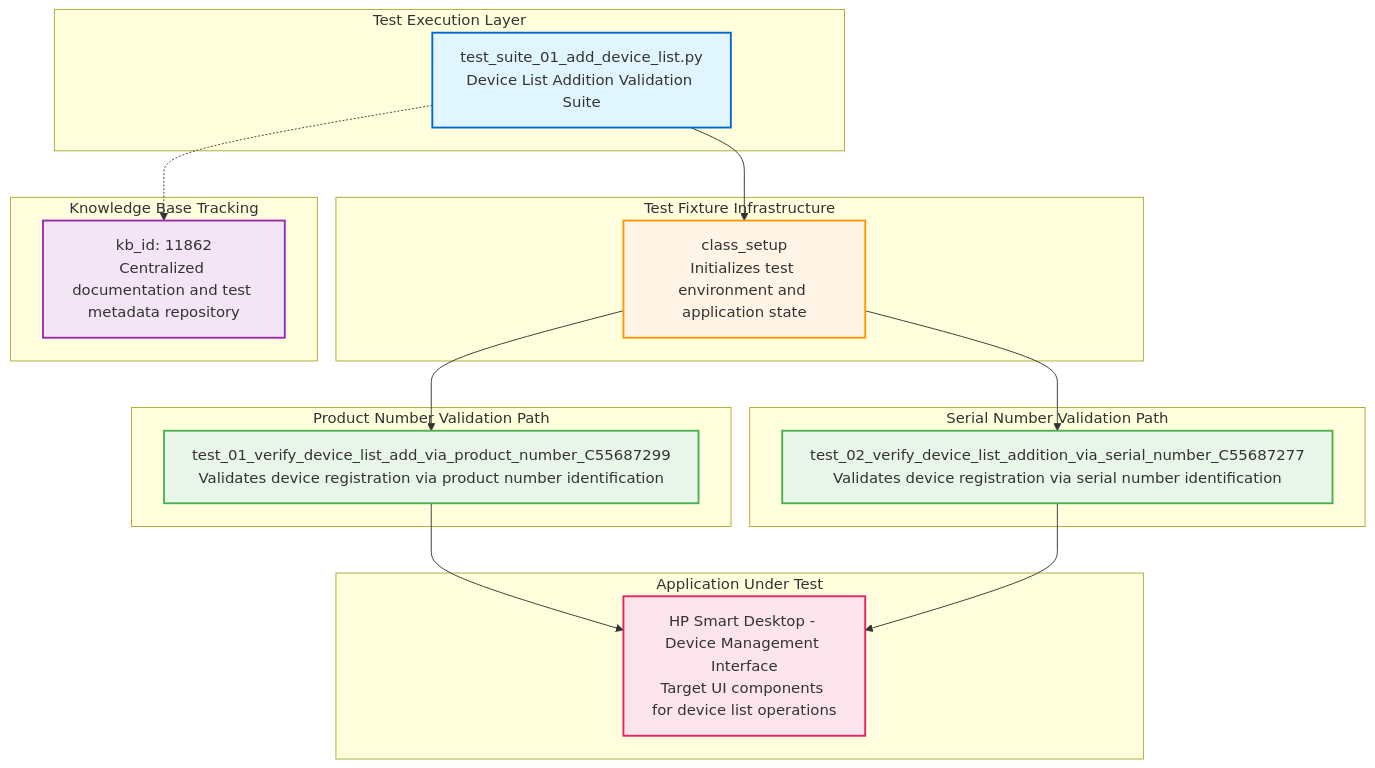
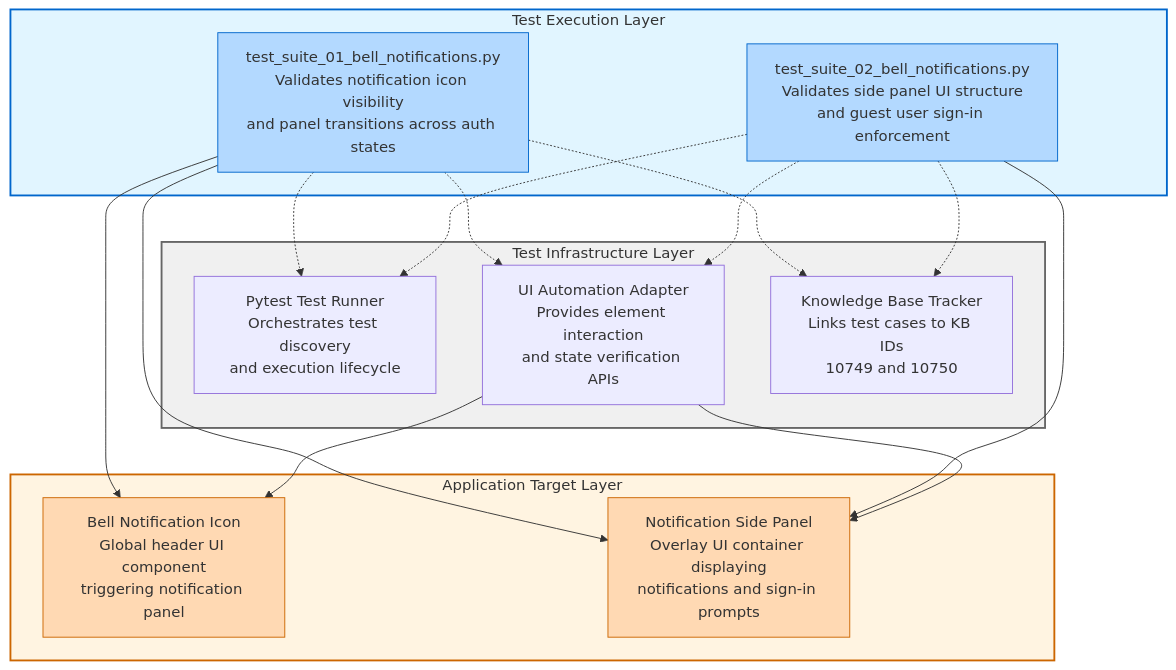
The diagram in Index_by_API/Docs/codebase_master_architecture_part_1.md (karthikeyansubhash/mobileappsrepo), drawn with Mermaid before and after one commit. The commit also changed other lines of this file, not shown here.

Commit message:
Master Codebase Architecture Report update pass

````diff
--- a/Index_by_API/Docs/codebase_master_architecture_part_1.md
+++ b/Index_by_API/Docs/codebase_master_architecture_part_1.md
@@ -35,45 +36,43 @@
 ```mermaid
-graph TB
-    subgraph "Test Execution Layer"
-        A[test_suite_01_add_device_list.py<br/>Device List Addition Validation Suite]
+flowchart TD
+    subgraph TestExecutionLayer["Test Execution Layer"]
+        TS01["test_suite_01_bell_notifications.py<br/>Validates notification icon visibility<br/>and panel transitions across auth states"]
+        TS02["test_suite_02_bell_notifications.py<br/>Validates side panel UI structure<br/>and guest user sign-in enforcement"]
     end
     
-    subgraph "Test Fixture Infrastructure"
-        B[class_setup<br/>Initializes test environment and application state]
+    subgraph ApplicationTargetLayer["Application Target Layer"]
+        BellIcon["Bell Notification Icon<br/>Global header UI component<br/>triggering notification panel"]
+        SidePanel["Notification Side Panel<br/>Overlay UI container displaying<br/>notifications and sign-in prompts"]
     end
     
-    subgraph "Product Number Validation Path"
-        C[test_01_verify_device_list_add_via_product_number_C55687299<br/>Validates device registration via product number identification]
+    subgraph TestInfrastructureLayer["Test Infrastructure Layer"]
+        PytestRunner["Pytest Test Runner<br/>Orchestrates test discovery<br/>and execution lifecycle"]
+        AutomationAdapter["UI Automation Adapter<br/>Provides element interaction<br/>and state verification APIs"]
+        KBTracker["Knowledge Base Tracker<br/>Links test cases to KB IDs<br/>10749 and 10750"]
     end
     
-    subgraph "Serial Number Validation Path"
-        D[test_02_verify_device_list_addition_via_serial_number_C55687277<br/>Validates device registration via serial number identification]
-    end
+    TS01 --> BellIcon
+    TS01 --> SidePanel
+    TS02 --> SidePanel
     
-    subgraph "Application Under Test"
-        E[HP Smart Desktop - Device Management Interface<br/>Target UI components for device list operations]
-    end
+    TS01 -.-> PytestRunner
+    TS02 -.-> PytestRunner
     
-    subgraph "Knowledge Base Tracking"
-        F[kb_id: 11862<br/>Centralized documentation and test metadata repository]
-    end
+    TS01 -.-> AutomationAdapter
+    TS02 -.-> AutomationAdapter
     
-    A --> B
-    B --> C
-    B --> D
-    C --> E
-    D --> E
-    A -.-> F
+    TS01 -.-> KBTracker
+    TS02 -.-> KBTracker
     
-    classDef testLayer fill:#e1f5ff,stroke:#0066cc,stroke-width:2px
-    classDef fixtureLayer fill:#fff4e6,stroke:#ff9800,stroke-width:2px
-    classDef validationLayer fill:#e8f5e9,stroke:#4caf50,stroke-width:2px
-    classDef appLayer fill:#fce4ec,stroke:#e91e63,stroke-width:2px
-    classDef kbLayer fill:#f3e5f5,stroke:#9c27b0,stroke-width:2px
+    AutomationAdapter --> BellIcon
+    AutomationAdapter --> SidePanel
     
-    class A testLayer
-    class B fixtureLayer
-    class C,D validationLayer
-    class E appLayer
-    class F kbLayer
+    style TestExecutionLayer fill:#e1f5ff,stroke:#0066cc,stroke-width:2px
+    style ApplicationTargetLayer fill:#fff4e1,stroke:#cc6600,stroke-width:2px
+    style TestInfrastructureLayer fill:#f0f0f0,stroke:#666666,stroke-width:2px
+    
+    style TS01 fill:#b3d9ff,stroke:#0066cc
+    style TS02 fill:#b3d9ff,stroke:#0066cc
+    style BellIcon fill:#ffd9b3,stroke:#cc6600
+    style SidePanel fill:#ffd9b3,stroke:#cc6600
 ```
````
